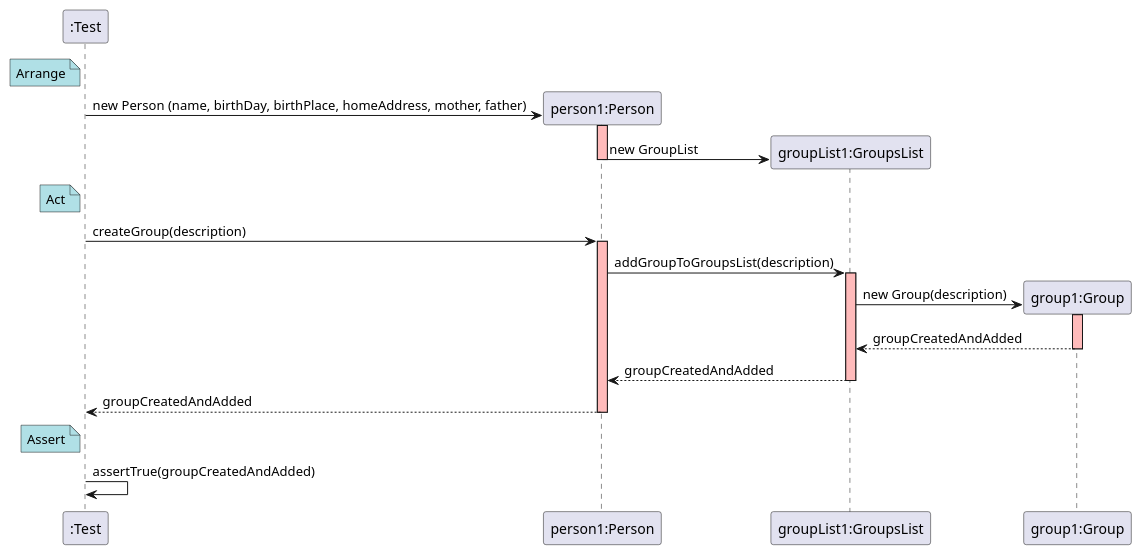
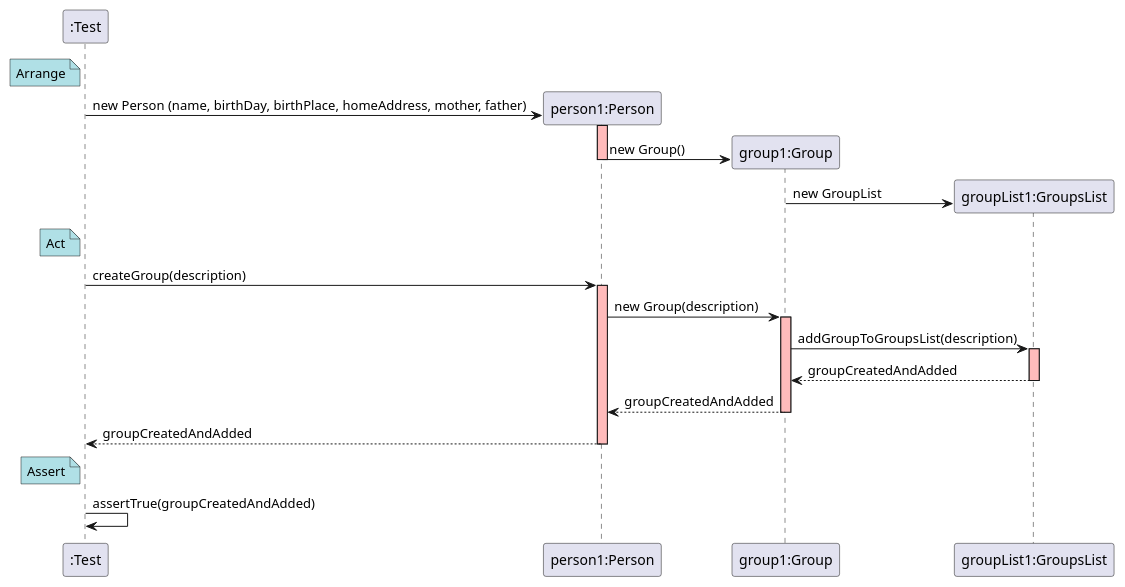
The diagram in docs/SequenceDiagram - US002.puml (mleitaoribeiro/DevOpsMaven), drawn with PlantUML before and after one commit. The commit also changed 1 other file, not shown here.

```diff
--- a/docs/SequenceDiagram - US002.puml
+++ b/docs/SequenceDiagram - US002.puml
@@ -1,46 +1,49 @@
 @startuml
 
 create ":Test"
 
 note left of ":Test" #powderblue
 	Arrange
 end note
 
 create "person1:Person"
 ":Test" -> "person1:Person" : new Person (name, birthDay, birthPlace, homeAddress, mother, father)
 activate "person1:Person" #FFBBBB
 
+create "group1:Group"
+"person1:Person" -> "group1:Group" : new Group()
+deactivate "person1:Person" #FFBBBB
+
 create "groupList1:GroupsList"
-"person1:Person" -> "groupList1:GroupsList" : new GroupList
+"group1:Group" -> "groupList1:GroupsList" : new GroupList
 deactivate "person1:Person" #FFBBBB
 
 note left of ":Test" #powderblue
 	Act
 end note
 
 ":Test" -> "person1:Person" : createGroup(description)
 activate "person1:Person" #FFBBBB
 
-"person1:Person" -> "groupList1:GroupsList" : addGroupToGroupsList(description)
+"person1:Person" -> "group1:Group" : new Group(description)
+activate "group1:Group" #FFBBBB
+
+"group1:Group" -> "groupList1:GroupsList" : addGroupToGroupsList(description)
 activate "groupList1:GroupsList" #FFBBBB
 
-create "group1:Group"
-"groupList1:GroupsList" -> "group1:Group" : new Group(description)
-activate "group1:Group" #FFBBBB
+"groupList1:GroupsList" --> "group1:Group" : groupCreatedAndAdded
+deactivate "groupList1:GroupsList" #FFBBBB
 
-"group1:Group" --> "groupList1:GroupsList" : groupCreatedAndAdded
+"group1:Group" --> "person1:Person" : groupCreatedAndAdded
 deactivate "group1:Group" #FFBBBB
-
-"groupList1:GroupsList" --> "person1:Person" : groupCreatedAndAdded
-deactivate "groupList1:GroupsList" #FFBBBB
 
 "person1:Person" --> ":Test" : groupCreatedAndAdded
 deactivate  "person1:Person" #FFBBBB
 
 note left of ":Test" #powderblue
 	Assert
 end note
 
 ":Test" -> ":Test" : assertTrue(groupCreatedAndAdded)
 
 @enduml
```
